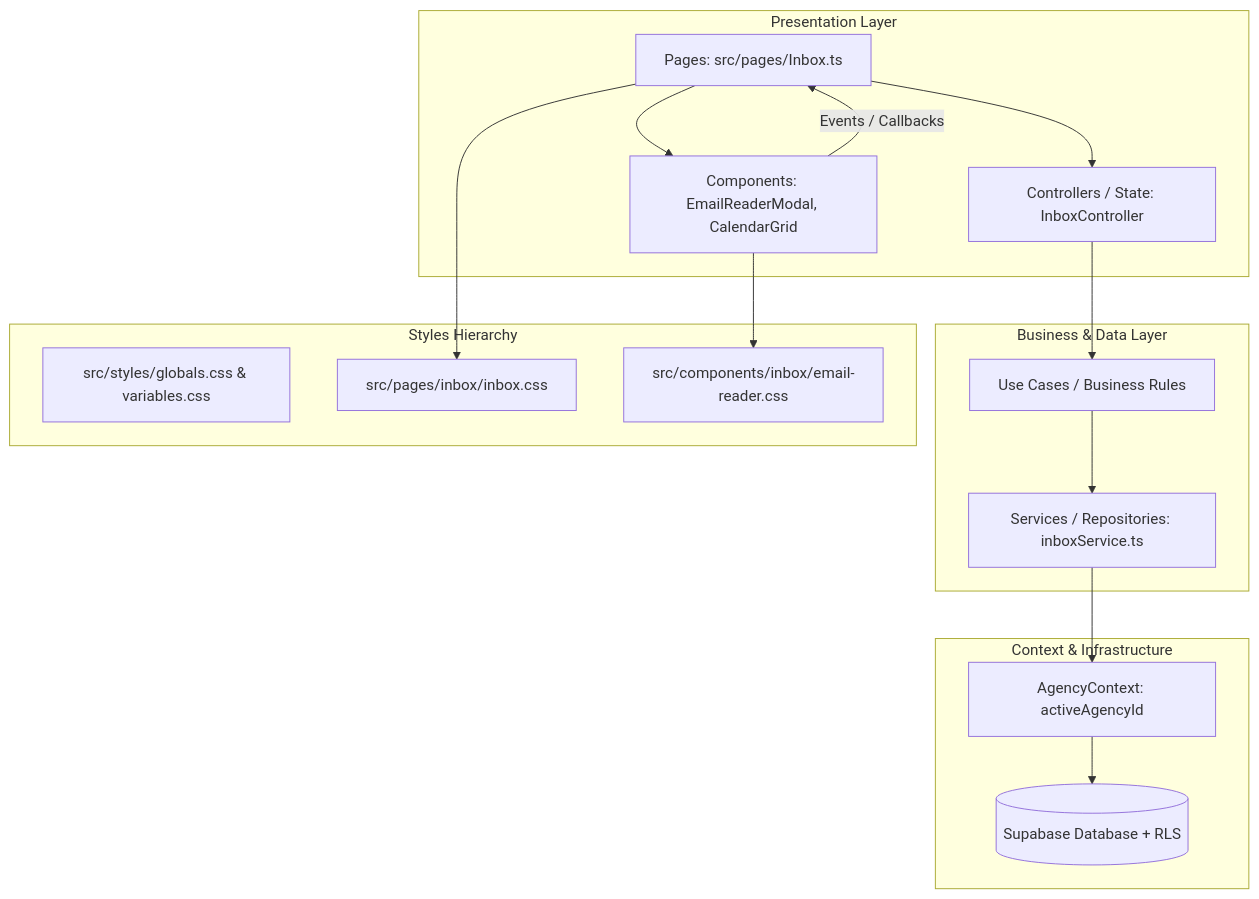
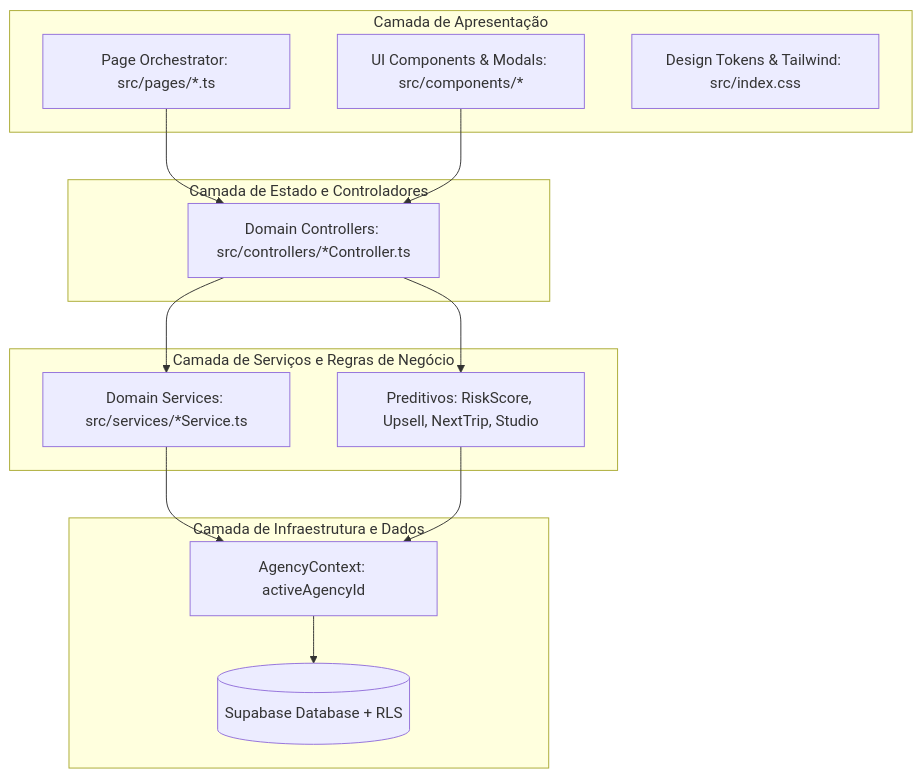
One commit to curupaco/PaxFlow changed the diagram in docs/refactoring_plan.md. Above: the diagram before and after it, drawn with Mermaid. The commit also changed other lines of this file and 6 other files, not shown here.

````diff
--- a/docs/refactoring_plan.md
+++ b/docs/refactoring_plan.md
@@ -47,24 +72,30 @@
 ```mermaid
 graph TD
-    subgraph Presentation Layer
-        P[Pages: src/pages/Inbox.ts] --> C[Components: EmailReaderModal, CalendarGrid]
-        P --> Ctrl[Controllers / State: InboxController]
+    subgraph Presentation Layer [Camada de Apresentação]
+        Page[Page Orchestrator: src/pages/*.ts]
+        Comp[UI Components & Modals: src/components/*]
+        Tokens[Design Tokens & Tailwind: src/index.css]
     end
 
-    subgraph Business & Data Layer
-        Ctrl --> UC[Use Cases / Business Rules]
-        UC --> S[Services / Repositories: inboxService.ts]
-        C -->|Events / Callbacks| P
+    subgraph State & Orchestration Layer [Camada de Estado e Controladores]
+        Ctrl[Domain Controllers: src/controllers/*Controller.ts]
     end
 
-    subgraph Context & Infrastructure
-        S --> AC[AgencyContext: activeAgencyId]
-        AC --> DB[(Supabase Database + RLS)]
+    subgraph Business & Service Layer [Camada de Serviços e Regras de Negócio]
+        Svc[Domain Services: src/services/*Service.ts]
+        Engines[Preditivos: RiskScore, Upsell, NextTrip, Studio]
     end
 
-    subgraph Styles Hierarchy
-        G[src/styles/globals.css & variables.css]
-        P --> PC[src/pages/inbox/inbox.css]
-        C --> CC[src/components/inbox/email-reader.css]
+    subgraph Infrastructure & Multi-Tenant [Camada de Infraestrutura e Dados]
+        Ctx[AgencyContext: activeAgencyId]
+        DB[(Supabase Database + RLS)]
     end
+
+    Page --> Ctrl
+    Comp --> Ctrl
+    Ctrl --> Svc
+    Ctrl --> Engines
+    Svc --> Ctx
+    Engines --> Ctx
+    Ctx --> DB
 ```
````
